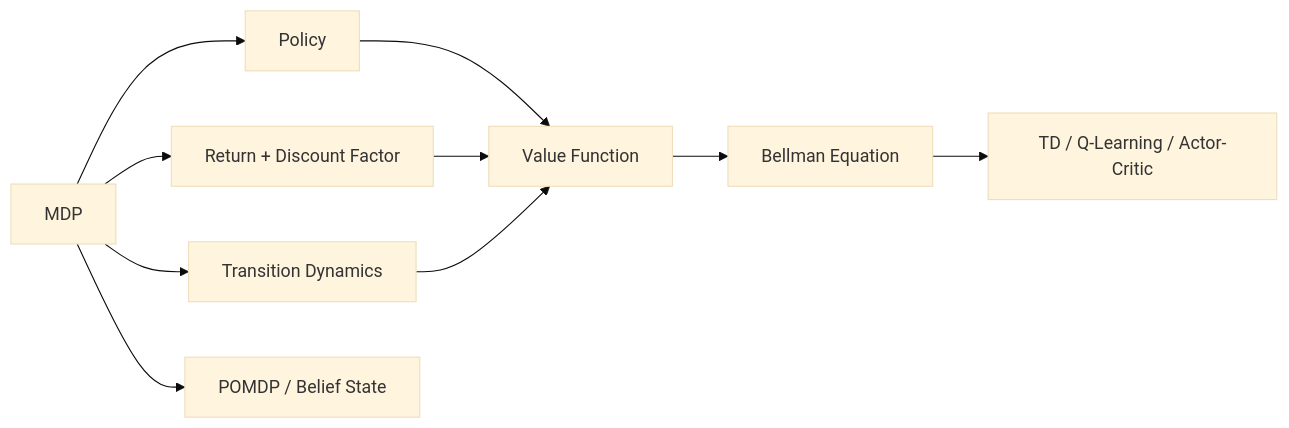
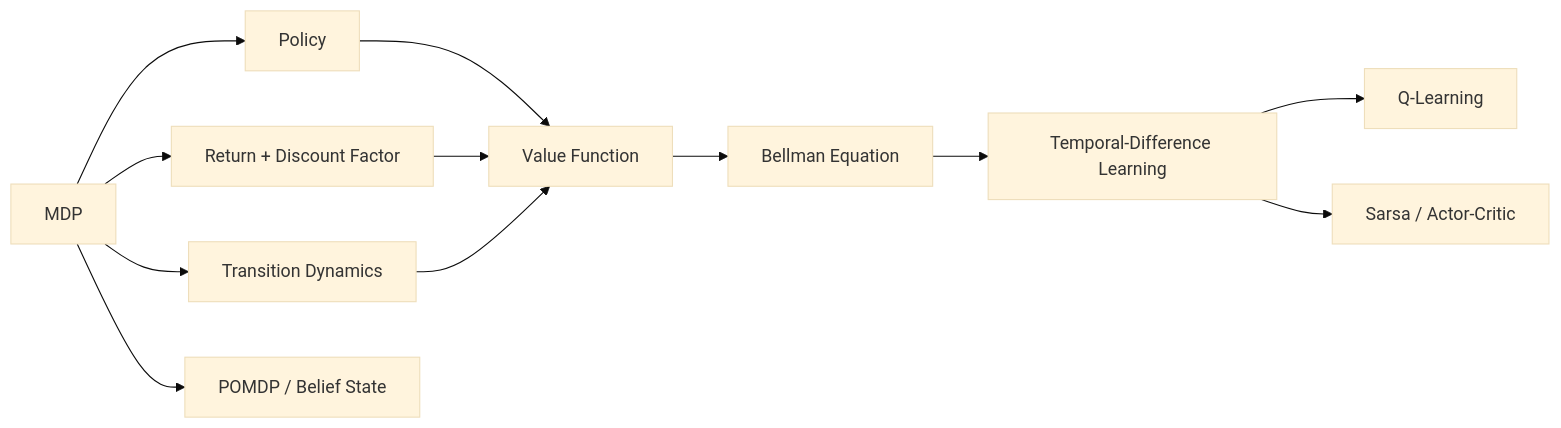
The ninth of 9 diagrams in KNOWLEDGE_GRAPH.md (hundredthtree-OvO/EmbodiedCard), drawn with Mermaid (base theme) before and after one commit. The commit also changed other lines of this file and 5 other files, not shown here.

Commit message:
add temporal-difference learning card

````diff
--- a/KNOWLEDGE_GRAPH.md
+++ b/KNOWLEDGE_GRAPH.md
@@ -120,12 +120,14 @@
 ```mermaid
 flowchart LR
     M["MDP"] --> P["Policy"]
     M --> R["Return + Discount Factor"]
     M --> T["Transition Dynamics"]
     P --> V["Value Function"]
     R --> V
     T --> V
     V --> B["Bellman Equation"]
-    B --> L["TD / Q-Learning / Actor-Critic"]
+    B --> TD["Temporal-Difference Learning"]
+    TD --> Q["Q-Learning"]
+    TD --> AC["Sarsa / Actor-Critic"]
     M --> O["POMDP / Belief State"]
 ```
````
